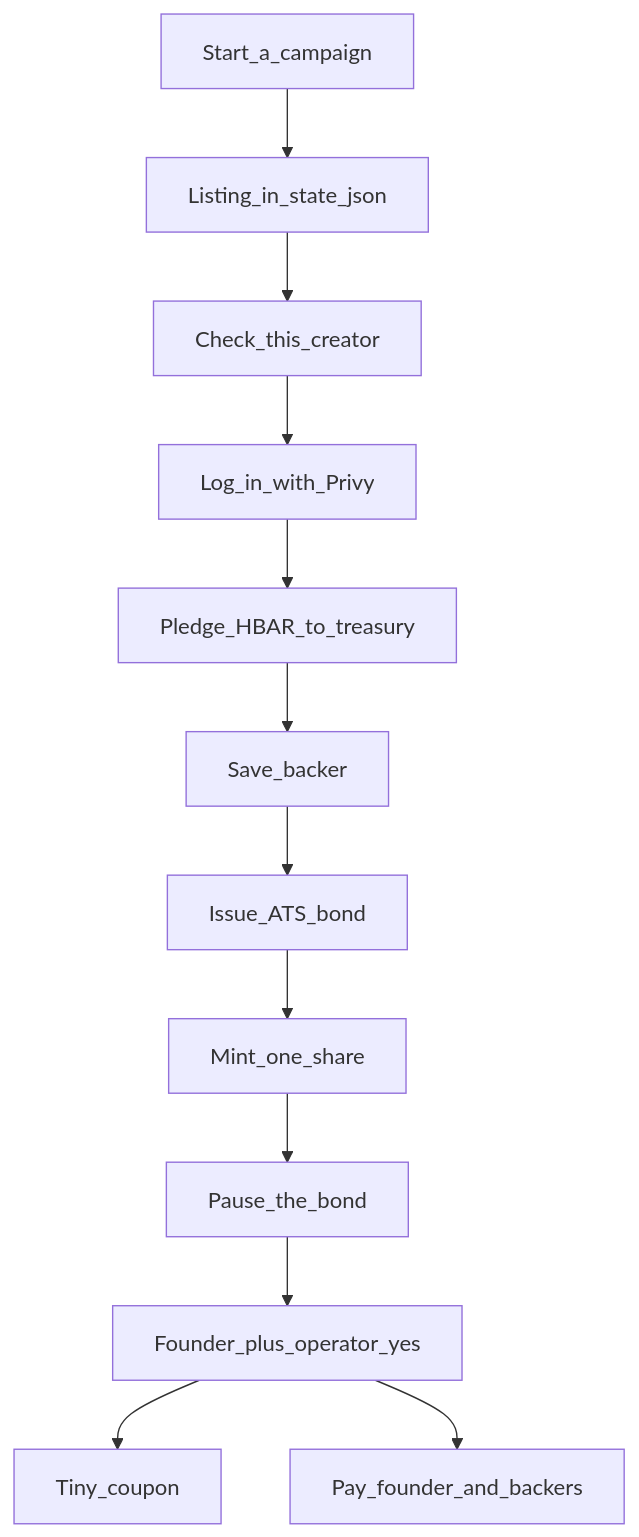
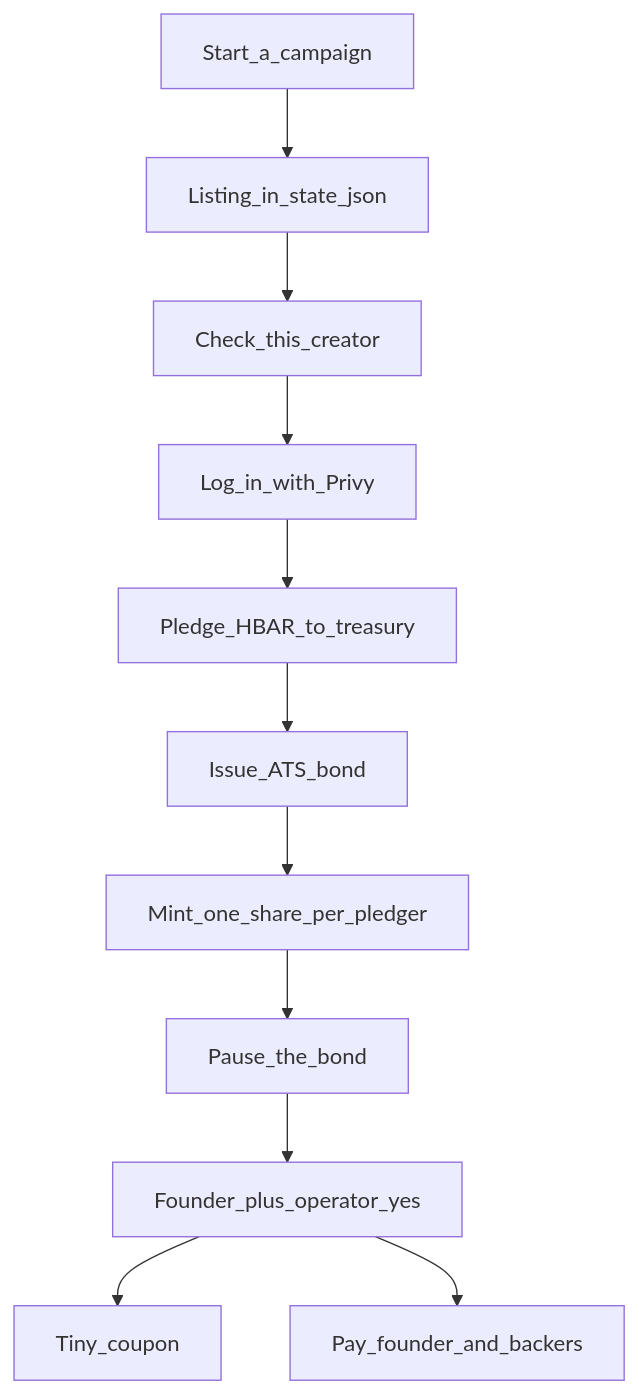
One commit to yabuking84/zikibols changed the second of 4 diagrams in docs/readme-flow.md. Above: the diagram before and after it, drawn with Mermaid. The commit also changed other lines of this file and 4 other files, not shown here.

````diff
--- a/docs/readme-flow.md
+++ b/docs/readme-flow.md
@@ -43,14 +43,13 @@
 ```mermaid
 flowchart TD
   start[Start_a_campaign] --> flyer[Listing_in_state_json]
   flyer --> check[Check_this_creator]
   check --> login[Log_in_with_Privy]
   login --> pledge[Pledge_HBAR_to_treasury]
-  pledge --> saveBacker[Save_backer]
-  saveBacker --> issue[Issue_ATS_bond]
-  issue --> mint[Mint_one_share]
+  pledge --> issue[Issue_ATS_bond]
+  issue --> mint[Mint_one_share_per_pledger]
   mint --> pause[Pause_the_bond]
   pause --> approve[Founder_plus_operator_yes]
   approve --> coupon[Tiny_coupon]
   approve --> settle[Pay_founder_and_backers]
 ```
````
